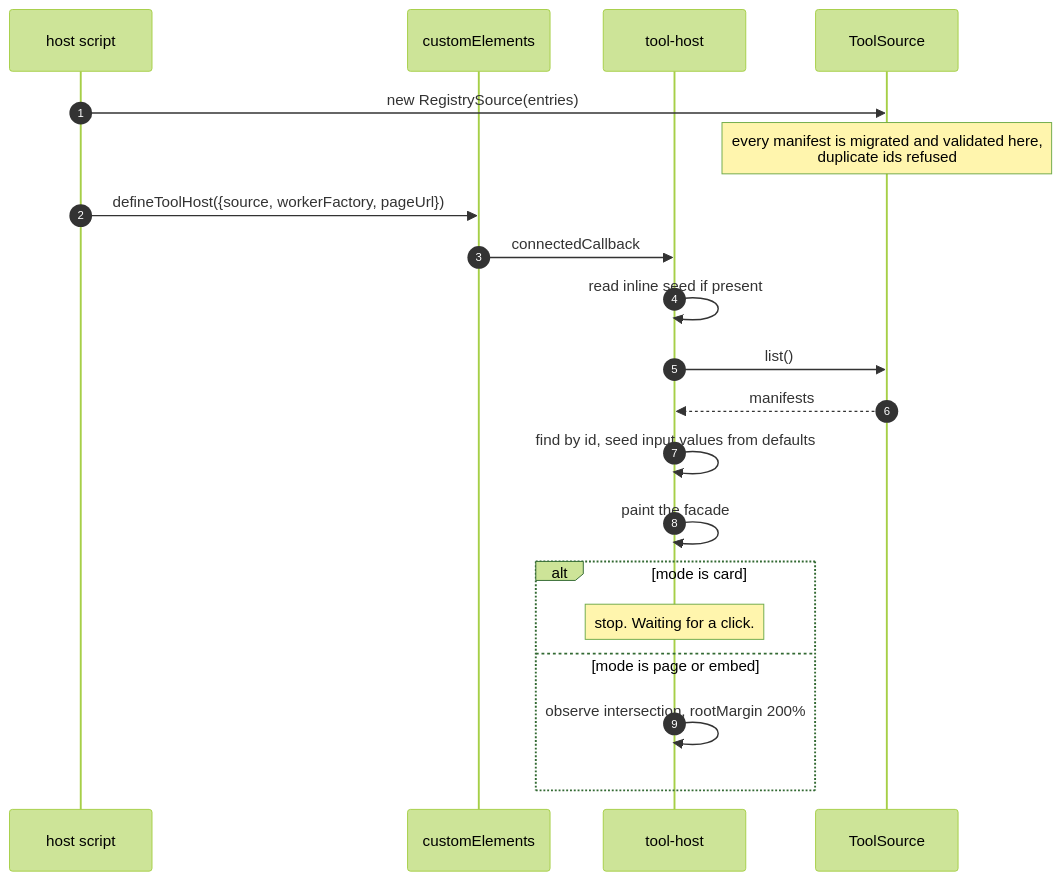
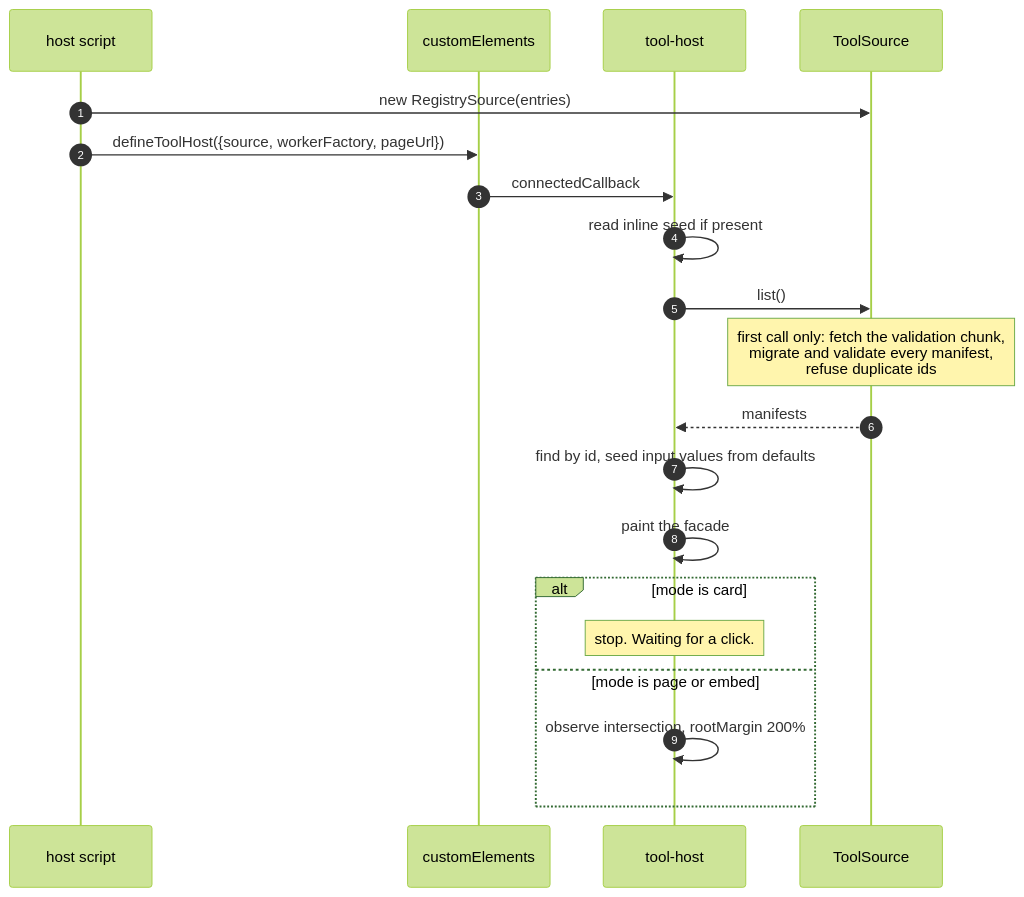
The third of 8 diagrams in docs/architecture.md (eknowledger/toolbench), drawn with Mermaid (forest theme) before and after one commit. The commit also changed other lines of this file and 23 other files, not shown here.

````diff
--- a/docs/architecture.md
+++ b/docs/architecture.md
@@ -564,23 +573,23 @@
 ```mermaid
 sequenceDiagram
     autonumber
     participant H as host script
     participant CE as customElements
     participant EL as tool-host
     participant S as ToolSource
 
     H->>S: new RegistrySource(entries)
-    Note over S: every manifest is migrated and validated here,<br/>duplicate ids refused
     H->>CE: defineToolHost({source, workerFactory, pageUrl})
     CE->>EL: connectedCallback
     EL->>EL: read inline seed if present
     EL->>S: list()
+    Note over S: first call only: fetch the validation chunk,<br/>migrate and validate every manifest,<br/>refuse duplicate ids
     S-->>EL: manifests
     EL->>EL: find by id, seed input values from defaults
     EL->>EL: paint the facade
     alt mode is card
         Note over EL: stop. Waiting for a click.
     else mode is page or embed
         EL->>EL: observe intersection, rootMargin 200%
     end
 ```
````
